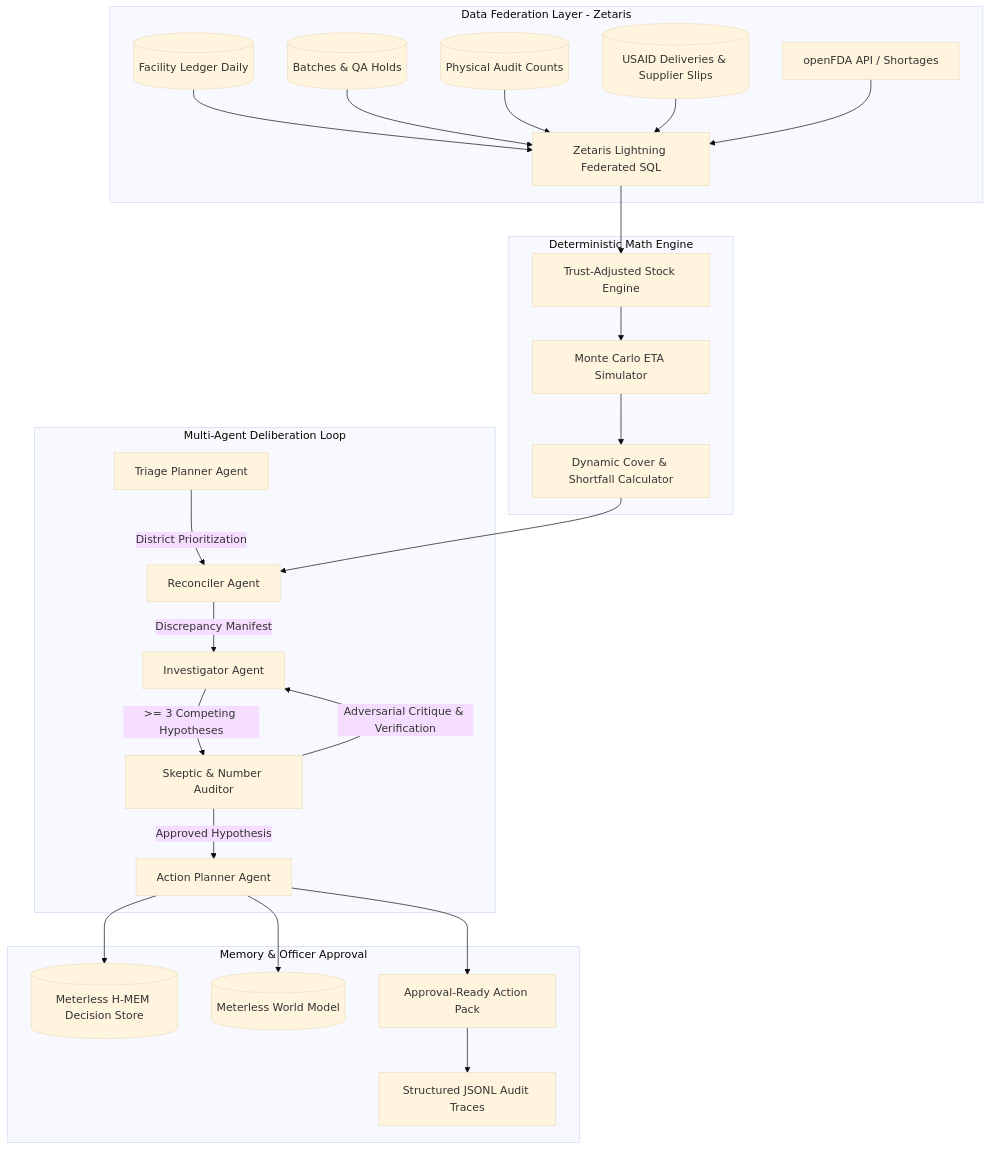
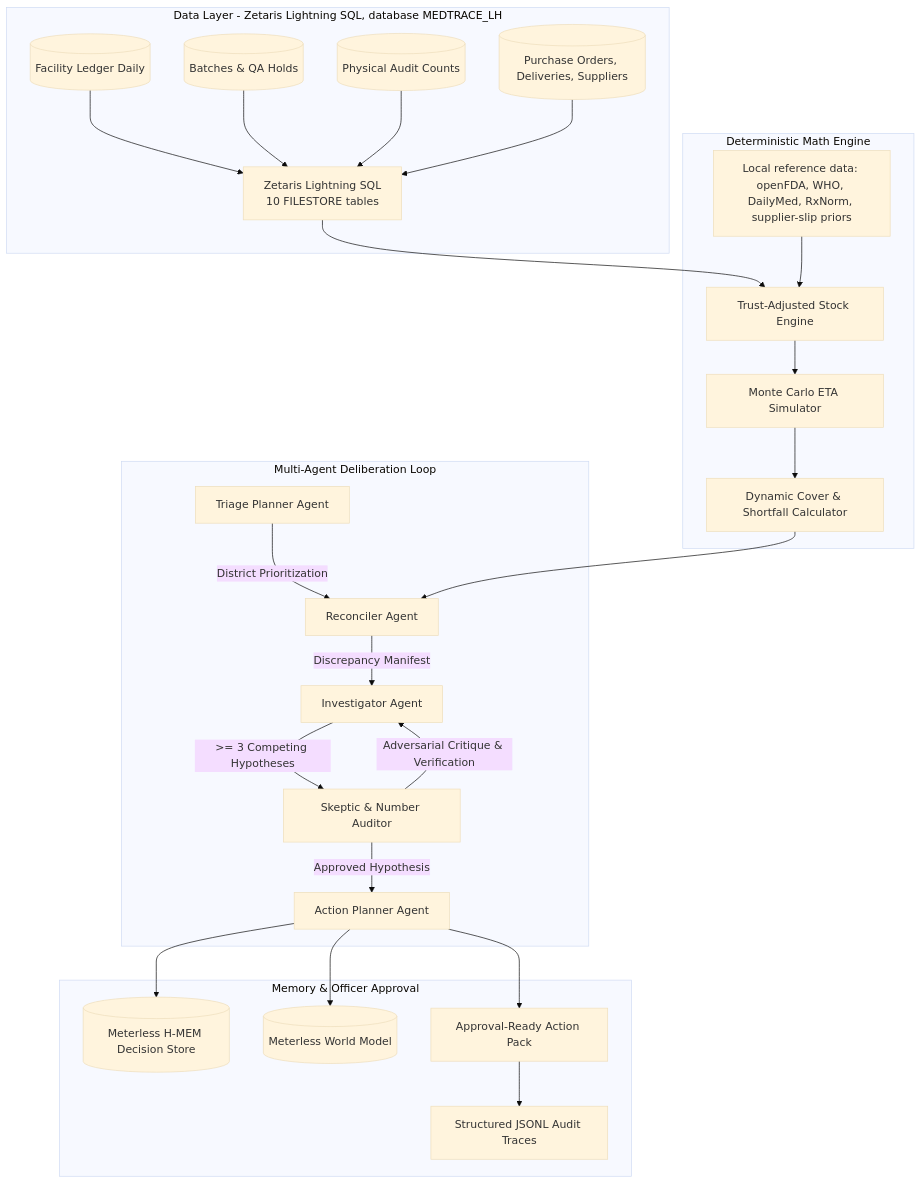
The diagram in README.md (Sudheesh02/MedTrace), drawn with Mermaid (base theme) before and after one commit. The commit also changed other lines of this file and 5 other files, not shown here.

Commit message:
docs: align README/SPONSOR_TECH/metadata with real Zetaris Lightning + Nightshift setup; honest scope and limitations; redact local password literal

````diff
--- a/README.md
+++ b/README.md
@@ -24,32 +24,32 @@
 ```mermaid
 flowchart TD
-    subgraph DataLayer [Data Federation Layer - Zetaris]
-        A1[(Facility Ledger Daily)] --> Z[Zetaris Lightning Federated SQL]
+    subgraph DataLayer [Data Layer - Zetaris Lightning SQL, database MEDTRACE_LH]
+        A1[(Facility Ledger Daily)] --> Z[Zetaris Lightning SQL<br/>10 FILESTORE tables]
         A2[(Batches & QA Holds)] --> Z
         A3[(Physical Audit Counts)] --> Z
-        A4[(USAID Deliveries & Supplier Slips)] --> Z
-        A5[openFDA API / Shortages] --> Z
+        A4[(Purchase Orders, Deliveries, Suppliers)] --> Z
     end
 
     subgraph DeterministicEngine [Deterministic Math Engine]
         Z --> D1[Trust-Adjusted Stock Engine]
+        REF[Local reference data: openFDA, WHO, DailyMed, RxNorm, supplier-slip priors] --> D1
         D1 --> D2[Monte Carlo ETA Simulator]
         D2 --> D3[Dynamic Cover & Shortfall Calculator]
     end
 
     subgraph MultiAgentSystem [Multi-Agent Deliberation Loop]
         TP[Triage Planner Agent] -->|District Prioritization| AG1[Reconciler Agent]
         D3 --> AG1
         AG1 -->|Discrepancy Manifest| AG2[Investigator Agent]
         AG2 -->|>= 3 Competing Hypotheses| AG3[Skeptic & Number Auditor]
         AG3 -->|Adversarial Critique & Verification| AG2
         AG3 -->|Approved Hypothesis| AG4[Action Planner Agent]
     end
 
     subgraph MemoryAndOutput [Memory & Officer Approval]
         AG4 --> HMEM[(Meterless H-MEM Decision Store)]
         AG4 --> WM[(Meterless World Model)]
         AG4 --> OUT[Approval-Ready Action Pack]
         OUT --> LOG[Structured JSONL Audit Traces]
     end
 ```
````
